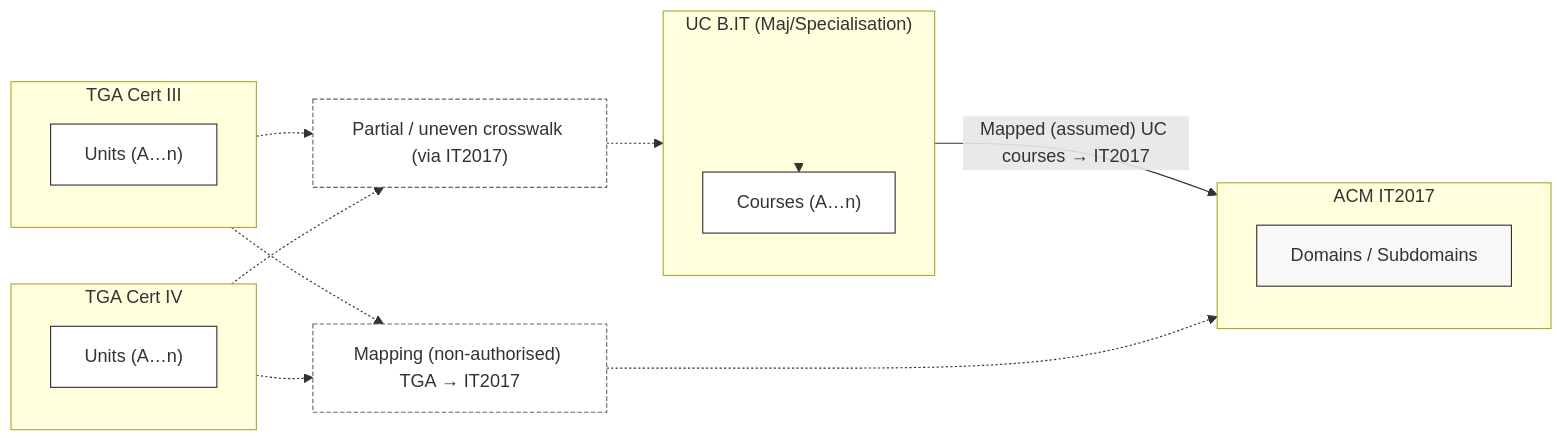
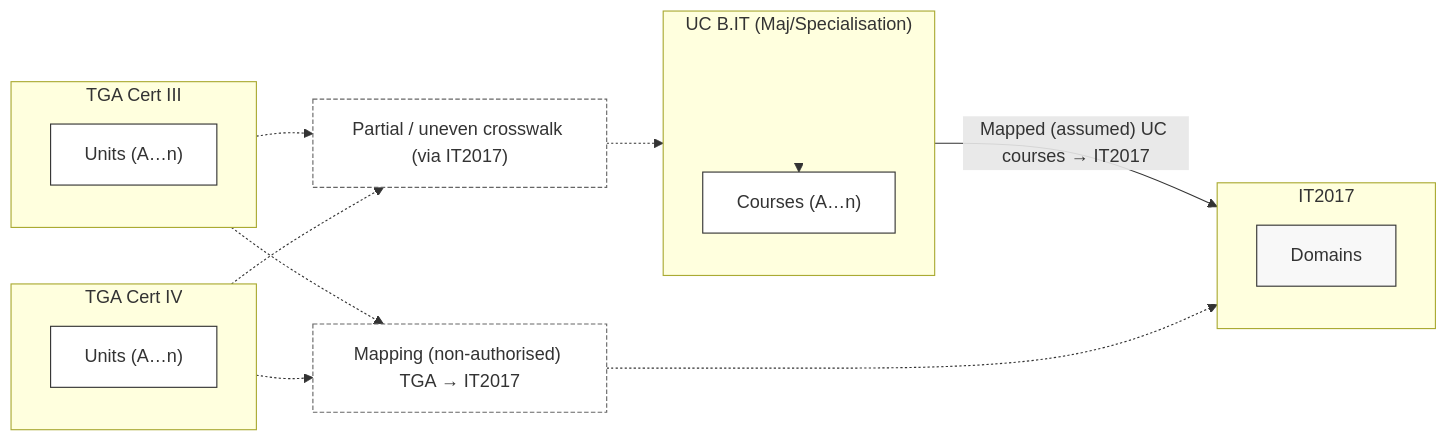
One commit to leskneebone/skills-SPARQL changed the second of 3 diagrams in reports/creditTransferModels.md. Above: the diagram before and after it, drawn with Mermaid.

````diff
--- a/reports/creditTransferModels.md
+++ b/reports/creditTransferModels.md
@@ -40,46 +40,46 @@
 ```mermaid
 flowchart LR
   %% Diagram 2 — attempt mapping via IT2017 (helps HE more than VET)
 
   subgraph CertIII["TGA Cert III"]
     C3["Units (A…n)"]:::unit
   end
 
   subgraph CertIV["TGA Cert IV"]
     C4["Units (A…n)"]:::unit
   end
 
   subgraph UCBIT["UC B.IT (Maj/Specialisation)"]
     spacer[" "]:::spacer
     UC["Courses (A…n)"]:::unit
     spacer --> UC
   end
 
-  subgraph IT2017["ACM IT2017"]
-    KA["Domains / Subdomains"]:::scheme
+  subgraph IT2017["IT2017"]
+    KA["Domains"]:::scheme
   end
 
   %% HE aligns (assumed mapping)
   UCBIT -- "Mapped (assumed) UC courses → IT2017" --> IT2017
 
   %% VET: possible mapping, with no explicit IT2017 mapping
   VetITMap["Mapping (non-authorised) TGA → IT2017"]:::mapping
   CertIII -.-> VetITMap
   CertIV  -.-> VetITMap
   VetITMap -.-> IT2017
 
  %% therefore crosswalk is still partial/uneven
 PartialXwalk["Partial / uneven crosswalk (via IT2017)"]:::mapping
 
 CertIII -.-> PartialXwalk
 CertIV  -.-> PartialXwalk
 PartialXwalk -.-> UCBIT
 
   classDef unit fill:#fff,stroke:#333,stroke-width:1px;
   classDef scheme fill:#f8f8f8,stroke:#333,stroke-width:1px;
   classDef spacer fill:none,stroke:none;
   classDef mapping fill:#fff,stroke:#666,stroke-dasharray: 4 2;
 
   %% Hide ONLY the spacer link (the first link defined in this diagram)
   linkStyle 0 stroke-width:0px;
 ```
````
